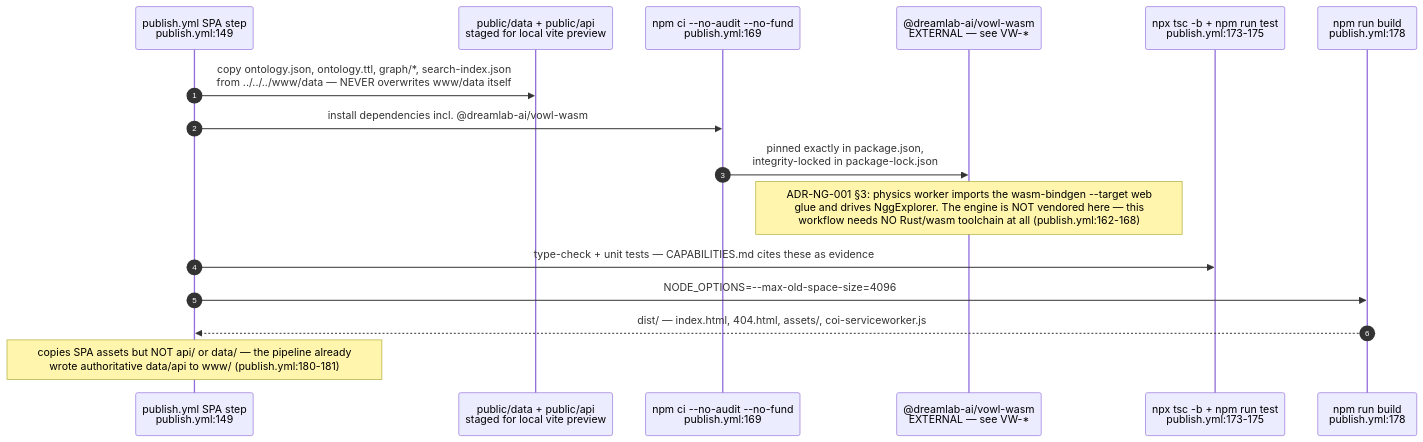
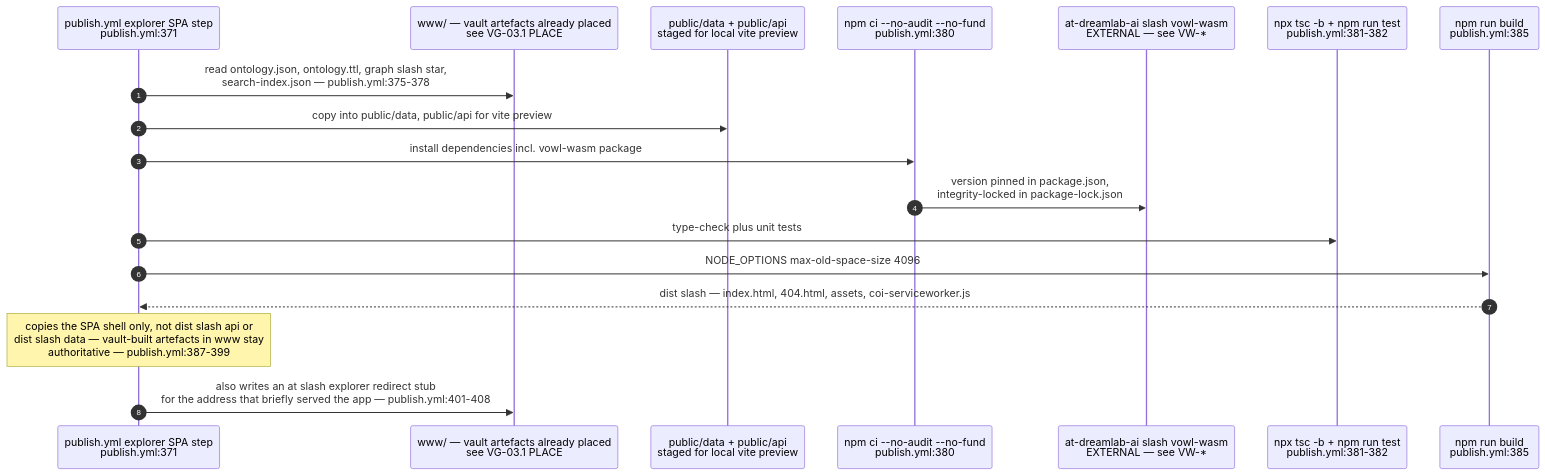
The second of 4 diagrams in docs/diagrams/visiongraph/03-publish-pipeline-and-explorer-build.md (DreamLab-AI/VisionFlow), drawn with Mermaid before and after one commit. The commit also changed other lines of this file and 136 other files, not shown here.

First line of the commit message:
docs(diagrams): refresh the whole corpus to code HEAD and prune low-value diagrams

````diff
--- a/docs/diagrams/visiongraph/03-publish-pipeline-and-explorer-build.md
+++ b/docs/diagrams/visiongraph/03-publish-pipeline-and-explorer-build.md
@@ -58,19 +37,21 @@
 ```mermaid
 sequenceDiagram
     autonumber
-    participant JOB as publish.yml SPA step<br/>publish.yml:149
+    participant JOB as publish.yml explorer SPA step<br/>publish.yml:371
+    participant WWW as www/ — vault artefacts already placed<br/>see VG-03.1 PLACE
     participant STAGE as public/data + public/api<br/>staged for local vite preview
-    participant NPM as npm ci --no-audit --no-fund<br/>publish.yml:169
-    participant VW as @dreamlab-ai/vowl-wasm<br/>EXTERNAL — see VW-*
-    participant TSC as npx tsc -b + npm run test<br/>publish.yml:173-175
-    participant VITE as npm run build<br/>publish.yml:178
+    participant NPM as npm ci --no-audit --no-fund<br/>publish.yml:380
+    participant VW as at-dreamlab-ai slash vowl-wasm<br/>EXTERNAL — see VW-*
+    participant TSC as npx tsc -b + npm run test<br/>publish.yml:381-382
+    participant VITE as npm run build<br/>publish.yml:385
 
-    JOB->>STAGE: copy ontology.json, ontology.ttl, graph/*, search-index.json<br/>from ../../../www/data — NEVER overwrites www/data itself
-    JOB->>NPM: install dependencies incl. @dreamlab-ai/vowl-wasm
-    NPM->>VW: pinned exactly in package.json,<br/>integrity-locked in package-lock.json
-    Note over VW: ADR-NG-001 §3: physics worker imports the wasm-bindgen --target web<br/>glue and drives NggExplorer. The engine is NOT vendored here — this<br/>workflow needs NO Rust/wasm toolchain at all #40;publish.yml:162-168#41;
-    JOB->>TSC: type-check + unit tests — CAPABILITIES.md cites these as evidence
-    JOB->>VITE: NODE_OPTIONS=--max-old-space-size=4096
-    VITE-->>JOB: dist/ — index.html, 404.html, assets/, coi-serviceworker.js
-    Note over JOB: copies SPA assets but NOT api/ or data/ — the pipeline already<br/>wrote authoritative data/api to www/ #40;publish.yml:180-181#41;
+    JOB->>WWW: read ontology.json, ontology.ttl, graph slash star,<br/>search-index.json — publish.yml:375-378
+    JOB->>STAGE: copy into public/data, public/api for vite preview
+    JOB->>NPM: install dependencies incl. vowl-wasm package
+    NPM->>VW: version pinned in package.json,<br/>integrity-locked in package-lock.json
+    JOB->>TSC: type-check plus unit tests
+    JOB->>VITE: NODE_OPTIONS max-old-space-size 4096
+    VITE-->>JOB: dist slash — index.html, 404.html, assets, coi-serviceworker.js
+    Note over JOB: copies the SPA shell only, not dist slash api or<br/>dist slash data — vault-built artefacts in www stay<br/>authoritative — publish.yml:387-399
+    JOB->>WWW: also writes an at slash explorer redirect stub<br/>for the address that briefly served the app — publish.yml:401-408
 ```
````
